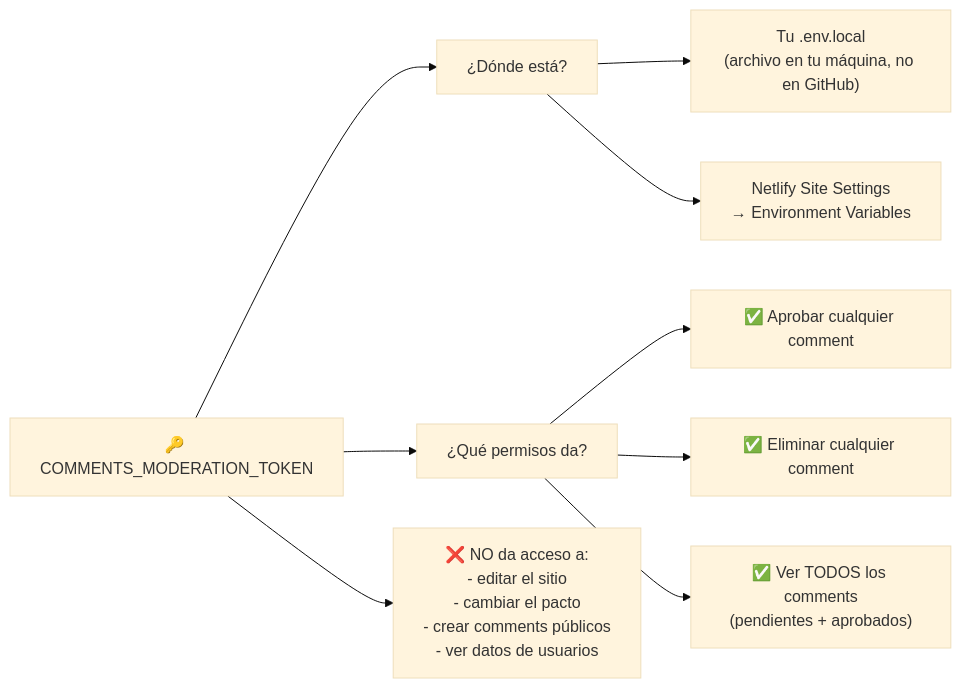
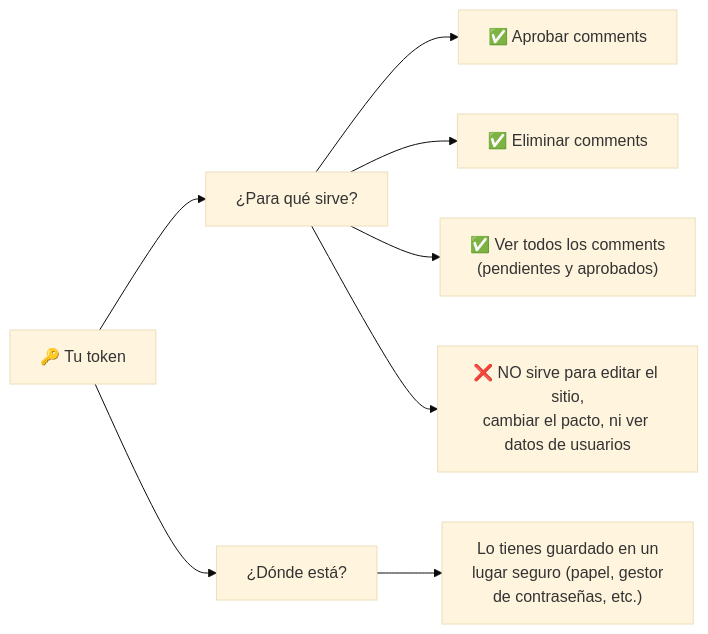
The third of 5 diagrams in docs/diagramas/user/como-comentar.md (naujrevilo/plocos_astro), drawn with Mermaid (base theme) before and after one commit. The commit also changed other lines of this file and 3 other files, not shown here.

First line of the commit message:
docs(user): simplify como-comentar + remove client-irrelevant diagrams

````diff
--- a/docs/diagramas/user/como-comentar.md
+++ b/docs/diagramas/user/como-comentar.md
@@ -55,13 +55,11 @@
 ```mermaid
 graph LR
-    Token["🔑 COMMENTS_MODERATION_TOKEN"] --> Where["¿Dónde está?"]
-    Where --> Local["Tu .env.local<br/>(archivo en tu máquina, no en GitHub)"]
-    Where --> Netlify["Netlify Site Settings<br/>→ Environment Variables"]
+    Token["🔑 Tu token"] --> Sirve["¿Para qué sirve?"]
+    Sirve --> A["✅ Aprobar comments"]
+    Sirve --> B["✅ Eliminar comments"]
+    Sirve --> C["✅ Ver todos los comments<br/>(pendientes y aprobados)"]
+    Sirve --> D["❌ NO sirve para editar el sitio,<br/>cambiar el pacto, ni ver datos de usuarios"]
 
-    Token --> What["¿Qué permisos da?"]
-    What --> Login["✅ Aprobar cualquier comment"]
-    What --> Delete["✅ Eliminar cualquier comment"]
-    What --> See["✅ Ver TODOS los comments<br/>(pendientes + aprobados)"]
-
-    Token --> NoAccess["❌ NO da acceso a:<br/>- editar el sitio<br/>- cambiar el pacto<br/>- crear comments públicos<br/>- ver datos de usuarios"]
+    Token --> Donde["¿Dónde está?"]
+    Donde --> TuOrdenador["Lo tienes guardado en un<br/>lugar seguro (papel, gestor<br/>de contraseñas, etc.)"]
 ```
````
